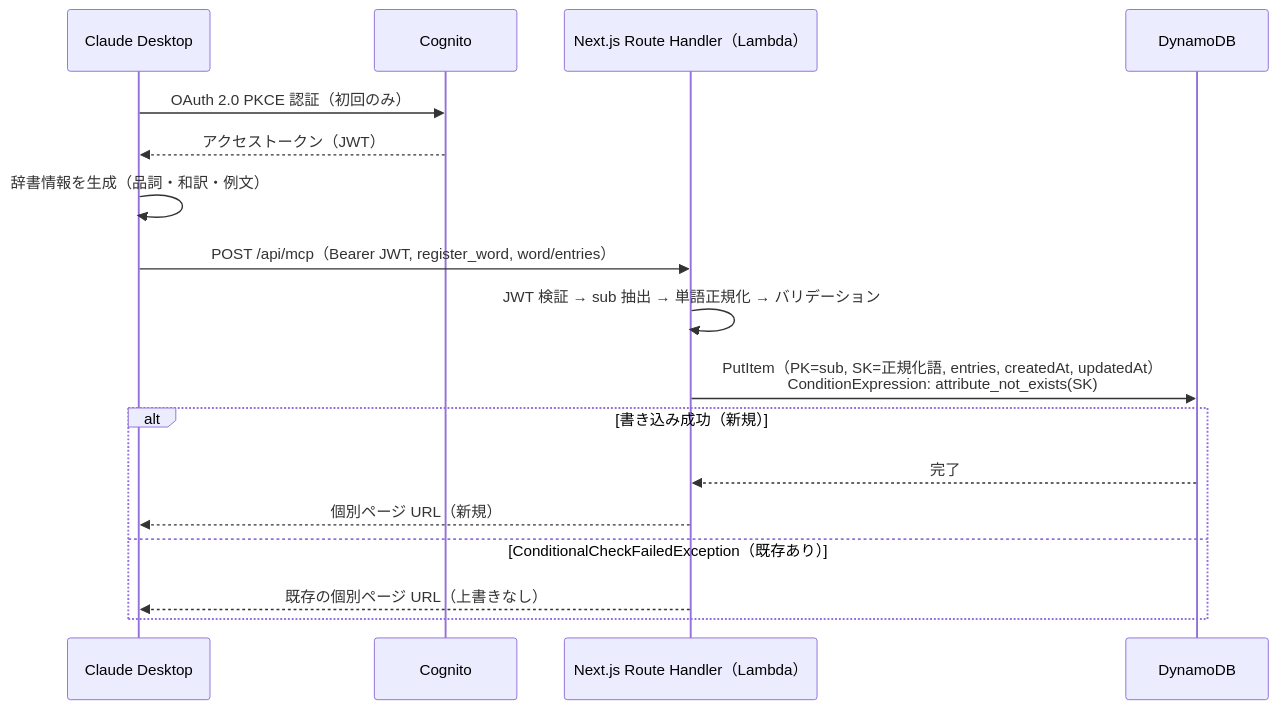
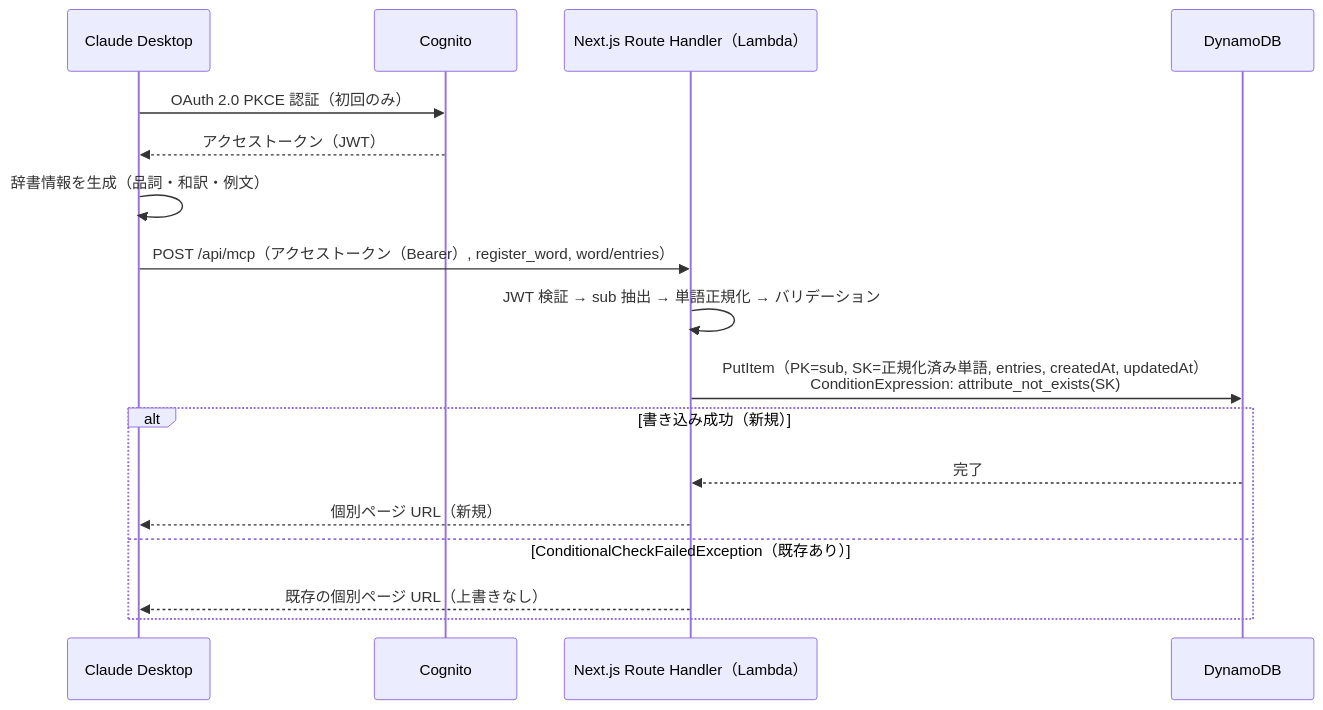
Before and after one commit to ANTON072/AI-Wordbook: the third of 5 diagrams in docs/spec/002_functional-design.md, drawn with Mermaid. The commit also changed other lines of this file and 5 other files, not shown here.

Commit message:
feat: Update documentation for product requirements, functional design, architecture, repository structure, development guidelines, and glossary to enhance clarity and consistency

````diff
--- a/docs/spec/002_functional-design.md
+++ b/docs/spec/002_functional-design.md
@@ -135,20 +135,20 @@
 ```mermaid
 sequenceDiagram
   participant CD as Claude Desktop
   participant COG as Cognito
   participant NEXT as Next.js Route Handler（Lambda）
   participant DDB as DynamoDB
 
   CD->>COG: OAuth 2.0 PKCE 認証（初回のみ）
   COG-->>CD: アクセストークン（JWT）
   CD->>CD: 辞書情報を生成（品詞・和訳・例文）
-  CD->>NEXT: POST /api/mcp（Bearer JWT, register_word, word/entries）
+  CD->>NEXT: POST /api/mcp（アクセストークン（Bearer）, register_word, word/entries）
   NEXT->>NEXT: JWT 検証 → sub 抽出 → 単語正規化 → バリデーション
-  NEXT->>DDB: PutItem（PK=sub, SK=正規化語, entries, createdAt, updatedAt）<br/>ConditionExpression: attribute_not_exists(SK)
+  NEXT->>DDB: PutItem（PK=sub, SK=正規化済み単語, entries, createdAt, updatedAt）<br/>ConditionExpression: attribute_not_exists(SK)
   alt 書き込み成功（新規）
     DDB-->>NEXT: 完了
     NEXT-->>CD: 個別ページ URL（新規）
   else ConditionalCheckFailedException（既存あり）
     NEXT-->>CD: 既存の個別ページ URL（上書きなし）
   end
 ```
````
